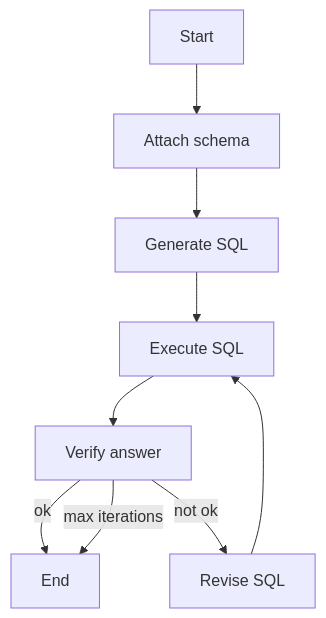
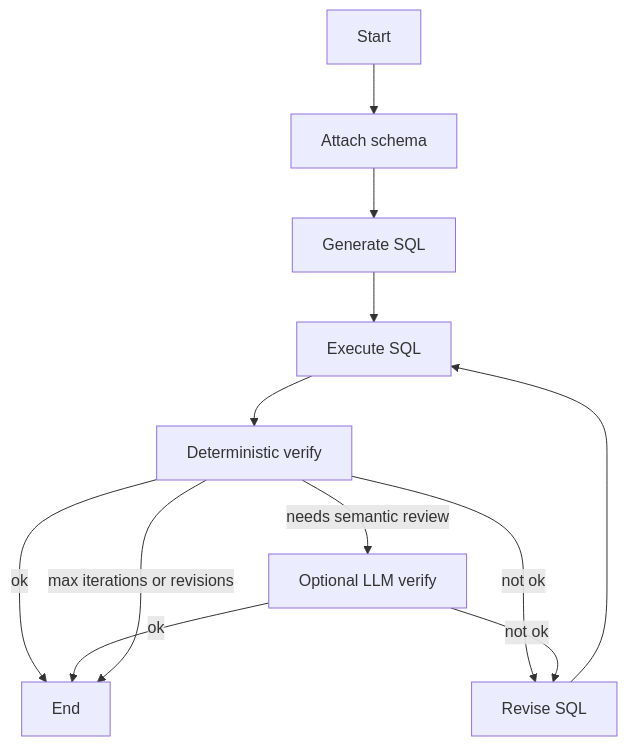
The fifth of 10 diagrams in assets/docs/ARCHITECTURE.md (khab40/mlops-hw3), drawn with Mermaid before and after one commit. The commit also changed other lines of this file and 22 other files, not shown here.

````diff
--- a/assets/docs/ARCHITECTURE.md
+++ b/assets/docs/ARCHITECTURE.md
@@ -86,11 +91,14 @@
 ```mermaid
 flowchart TD
     Start["Start"] --> AttachSchema["Attach schema"]
     AttachSchema --> GenerateSQL["Generate SQL"]
     GenerateSQL --> Execute["Execute SQL"]
-    Execute --> Verify["Verify answer"]
+    Execute --> Verify["Deterministic verify"]
+    Verify -->|needs semantic review| LLMVerify["Optional LLM verify"]
     Verify -->|ok| End["End"]
-    Verify -->|max iterations| End
+    LLMVerify -->|ok| End
+    Verify -->|max iterations or revisions| End
     Verify -->|not ok| Revise["Revise SQL"]
+    LLMVerify -->|not ok| Revise
     Revise --> Execute
 ```
````
